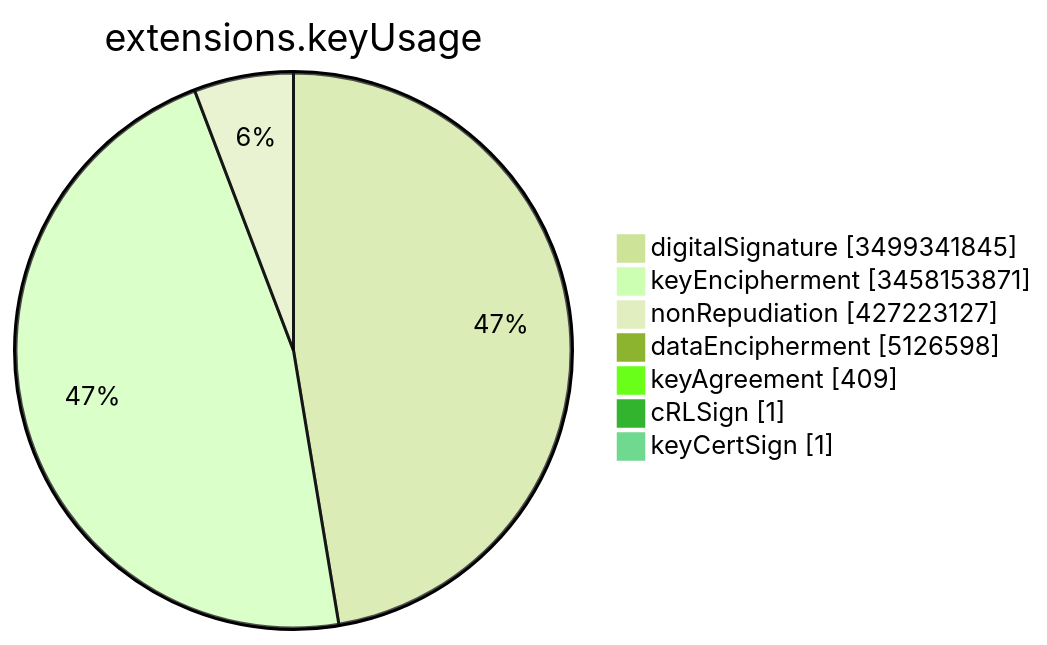
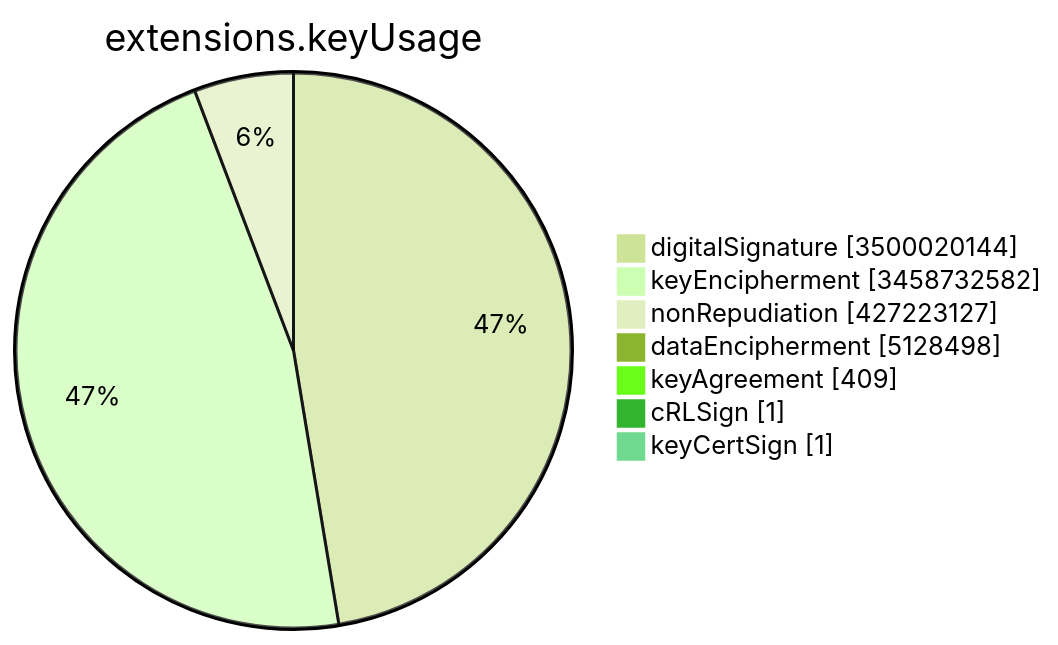
Before and after one commit to christiankrug/ctmonitor_visualization: the sixth of 15 diagrams in TOTAL/README.md, drawn with Mermaid (forest theme). The commit also changed other lines of this file, not shown here.

````diff
--- a/TOTAL/README.md
+++ b/TOTAL/README.md
@@ -3083,11 +3083,11 @@
 ```mermaid
 pie showData
 title extensions.keyUsage
-"digitalSignature" :3499341845
-"keyEncipherment" :3458153871
+"digitalSignature" :3500020144
+"keyEncipherment" :3458732582
 "nonRepudiation" :427223127
-"dataEncipherment" :5126598
+"dataEncipherment" :5128498
 "keyAgreement" :409
 "cRLSign" :1
 "keyCertSign" :1
 ```
````
